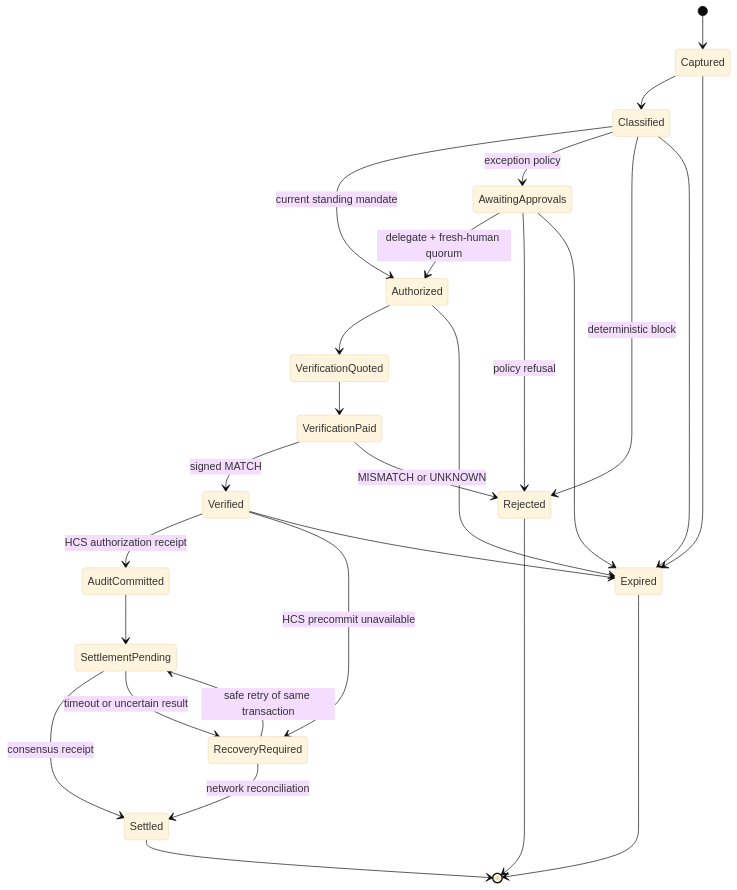
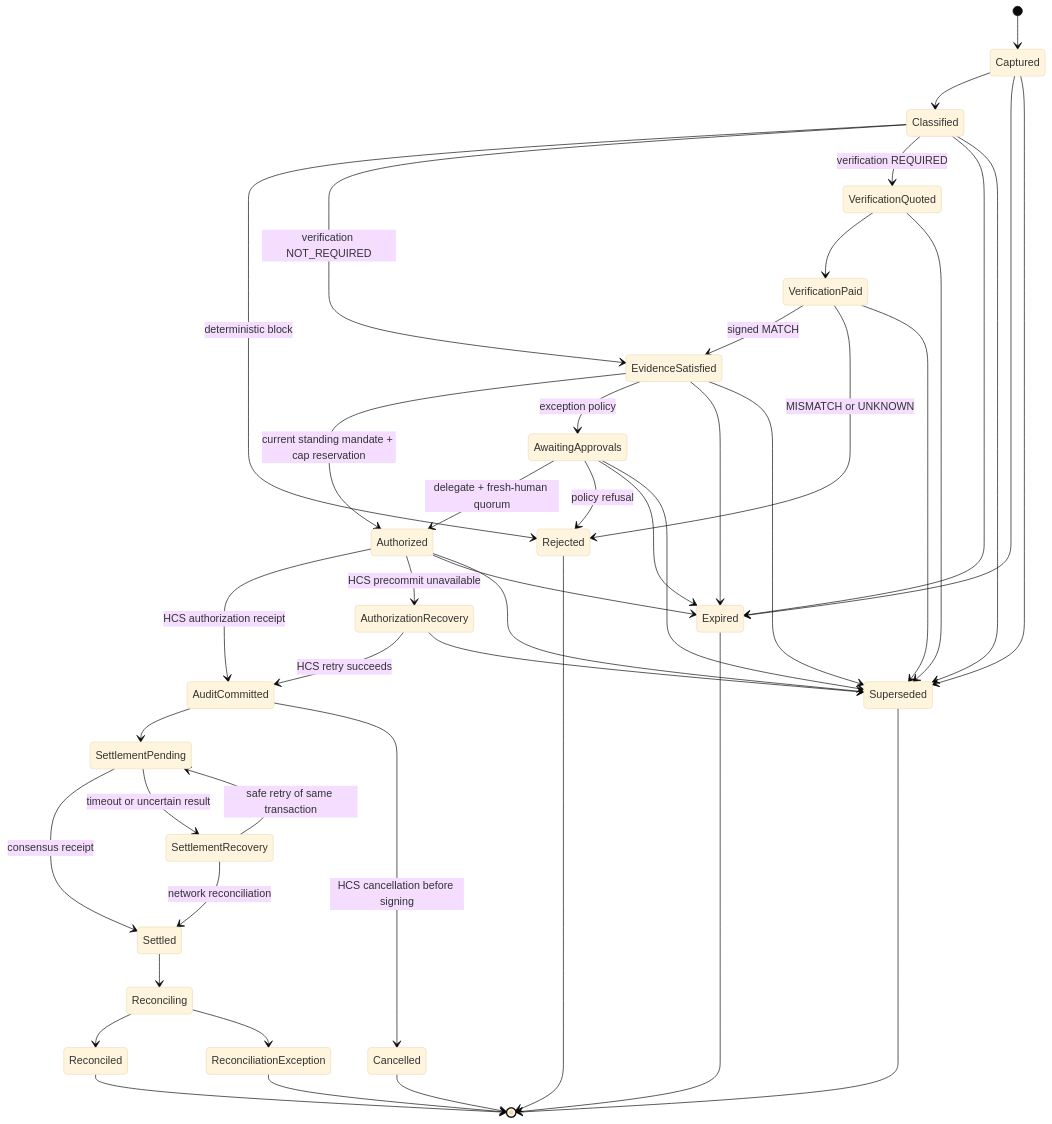
Before and after one commit to Lyons800/remit: the fourth of 4 diagrams in docs/architecture/SYSTEM-ARCHITECTURE.md, drawn with Mermaid (base theme). The commit also changed other lines of this file and 22 other files, not shown here.

Commit message:
docs(architecture): harden agentic invoice operations

````diff
--- a/docs/architecture/SYSTEM-ARCHITECTURE.md
+++ b/docs/architecture/SYSTEM-ARCHITECTURE.md
@@ -380,29 +456,46 @@
 ```mermaid
 stateDiagram-v2
   [*] --> Captured
   Captured --> Classified
-  Classified --> Authorized: current standing mandate
-  Classified --> AwaitingApprovals: exception policy
   Classified --> Rejected: deterministic block
+  Classified --> EvidenceSatisfied: verification NOT_REQUIRED
+  Classified --> VerificationQuoted: verification REQUIRED
+  VerificationQuoted --> VerificationPaid
+  VerificationPaid --> EvidenceSatisfied: signed MATCH
+  VerificationPaid --> Rejected: MISMATCH or UNKNOWN
+  EvidenceSatisfied --> Authorized: current standing mandate + cap reservation
+  EvidenceSatisfied --> AwaitingApprovals: exception policy
   AwaitingApprovals --> Authorized: delegate + fresh-human quorum
   AwaitingApprovals --> Rejected: policy refusal
-  Authorized --> VerificationQuoted
-  VerificationQuoted --> VerificationPaid
-  VerificationPaid --> Verified: signed MATCH
-  VerificationPaid --> Rejected: MISMATCH or UNKNOWN
-  Verified --> AuditCommitted: HCS authorization receipt
-  Verified --> RecoveryRequired: HCS precommit unavailable
+  Authorized --> AuditCommitted: HCS authorization receipt
+  Authorized --> AuthorizationRecovery: HCS precommit unavailable
+  AuthorizationRecovery --> AuditCommitted: HCS retry succeeds
   AuditCommitted --> SettlementPending
   SettlementPending --> Settled: consensus receipt
-  SettlementPending --> RecoveryRequired: timeout or uncertain result
-  RecoveryRequired --> Settled: network reconciliation
-  RecoveryRequired --> SettlementPending: safe retry of same transaction
+  SettlementPending --> SettlementRecovery: timeout or uncertain result
+  SettlementRecovery --> Settled: network reconciliation
+  SettlementRecovery --> SettlementPending: safe retry of same transaction
+  Settled --> Reconciling
+  Reconciling --> Reconciled
+  Reconciling --> ReconciliationException
   Captured --> Expired
   Classified --> Expired
   AwaitingApprovals --> Expired
   Authorized --> Expired
-  Verified --> Expired
-  Settled --> [*]
+  EvidenceSatisfied --> Expired
+  Captured --> Superseded
+  Classified --> Superseded
+  VerificationQuoted --> Superseded
+  VerificationPaid --> Superseded
+  EvidenceSatisfied --> Superseded
+  AwaitingApprovals --> Superseded
+  Authorized --> Superseded
+  AuthorizationRecovery --> Superseded
+  AuditCommitted --> Cancelled: HCS cancellation before signing
+  Reconciled --> [*]
+  ReconciliationException --> [*]
   Rejected --> [*]
   Expired --> [*]
+  Superseded --> [*]
+  Cancelled --> [*]
 ```
````
